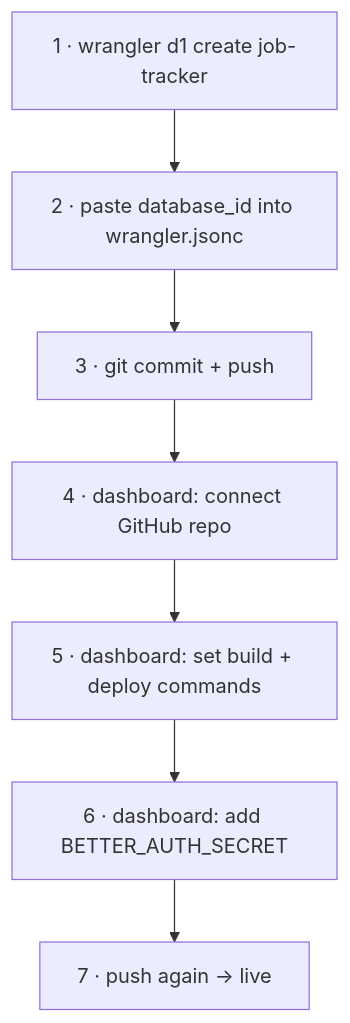
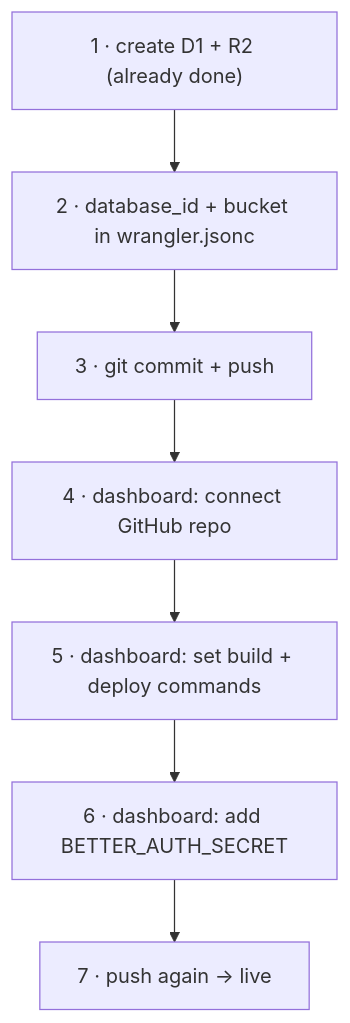
One commit to c0k0n/job-tracker changed the second of 4 diagrams in docs/deployment.md. Above: the diagram before and after it, drawn with Mermaid. The commit also changed other lines of this file and 32 other files, not shown here.

````diff
--- a/docs/deployment.md
+++ b/docs/deployment.md
@@ -20,9 +20,9 @@
 ```mermaid
 flowchart TD
-    A["1 · wrangler d1 create job-tracker"] --> B["2 · paste database_id into wrangler.jsonc"]
+    A["1 · create D1 + R2 (already done)"] --> B["2 · database_id + bucket in wrangler.jsonc"]
     B --> C["3 · git commit + push"]
     C --> D["4 · dashboard: connect GitHub repo"]
     D --> E["5 · dashboard: set build + deploy commands"]
     E --> F["6 · dashboard: add BETTER_AUTH_SECRET"]
     F --> G["7 · push again → live"]
 ```
````
